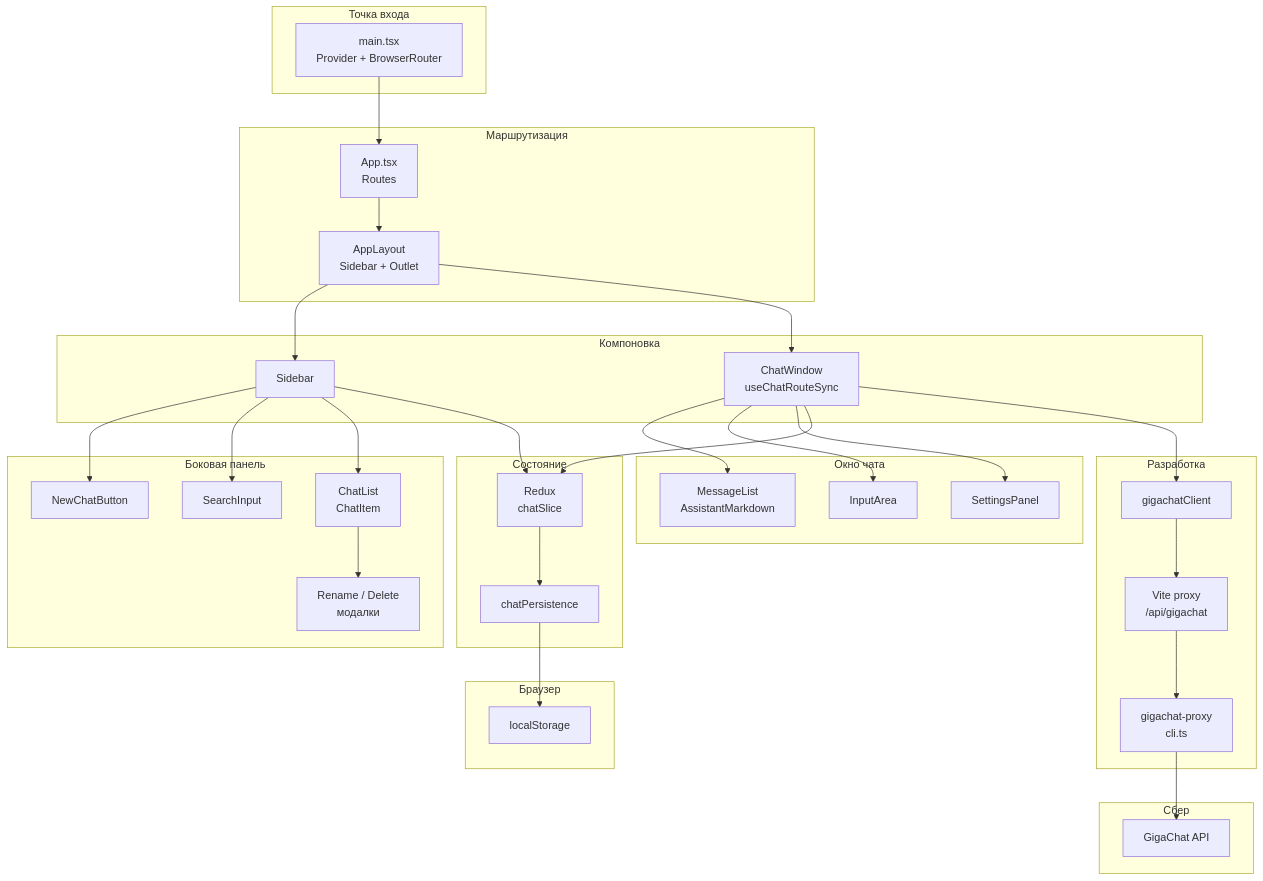
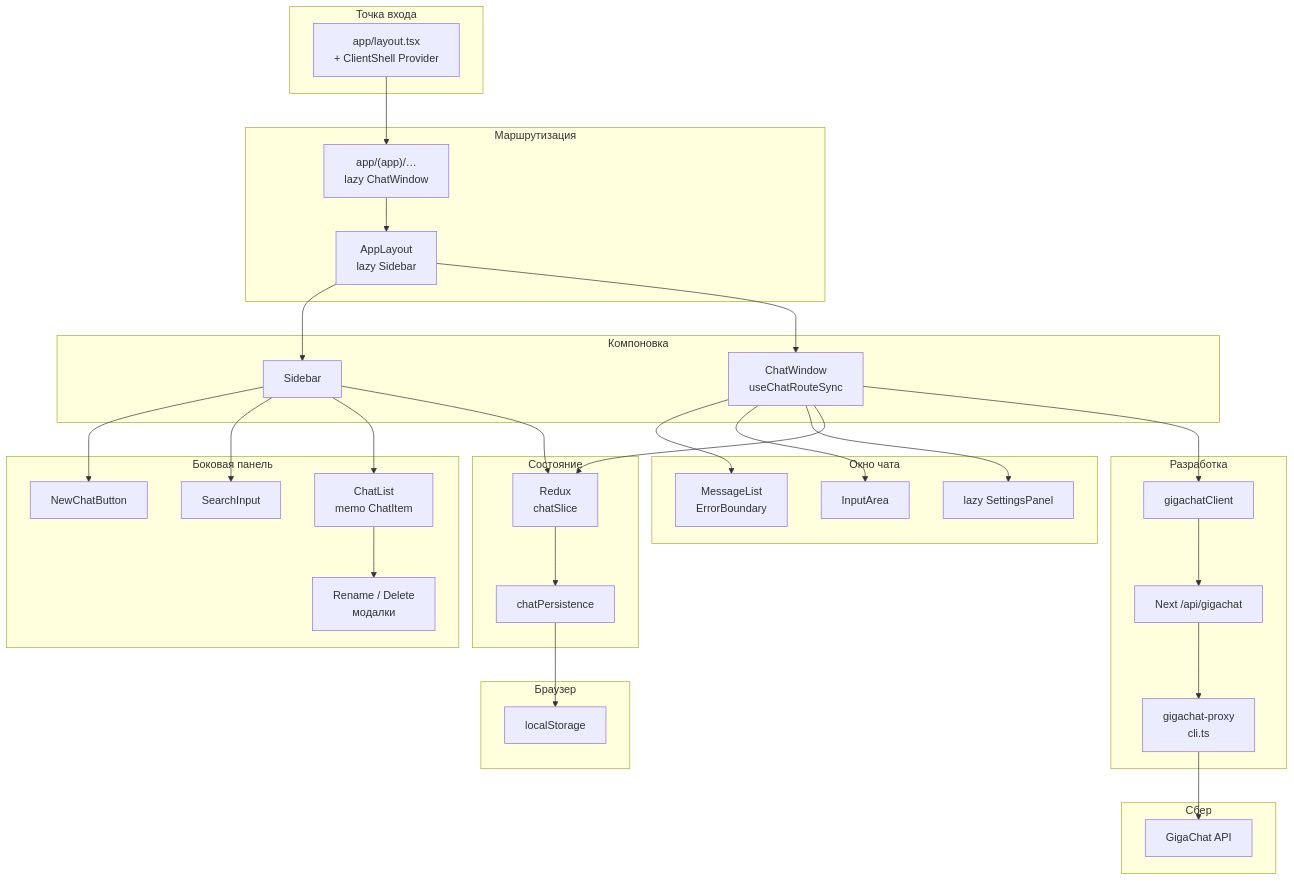
The diagram in README.md (m0ssador/sample-chat), drawn with Mermaid before and after one commit. The commit also changed other lines of this file and 27 other files, not shown here.

````diff
--- a/README.md
+++ b/README.md
@@ -30,67 +41,67 @@
 ```mermaid
 flowchart TB
   subgraph Entry["Точка входа"]
-    main["main.tsx\n Provider + BrowserRouter"]
+    Root["app/layout.tsx\n + ClientShell Provider"]
   end
 
   subgraph Routing["Маршрутизация"]
-    App["App.tsx\n Routes"]
-    main --> App
+    App["app/(app)/…\n lazy ChatWindow"]
+    Root --> App
     App --> AppLayout
   end
 
   subgraph Layout["Компоновка"]
-    AppLayout["AppLayout\nSidebar + Outlet"]
+    AppLayout["AppLayout\n lazy Sidebar"]
     AppLayout --> Sidebar
     AppLayout --> ChatWindow
   end
 
   subgraph SidebarUI["Боковая панель"]
     Sidebar["Sidebar"]
     NewChat["NewChatButton"]
     Search["SearchInput"]
-    ChatList["ChatList\n ChatItem"]
+    ChatList["ChatList\n memo ChatItem"]
     Modals["Rename / Delete\n модалки"]
     Sidebar --> NewChat
     Sidebar --> Search
     Sidebar --> ChatList
     ChatList --> Modals
   end
 
   subgraph ChatUI["Окно чата"]
     ChatWindow["ChatWindow\n useChatRouteSync"]
-    MsgList["MessageList\n AssistantMarkdown"]
+    MsgList["MessageList\n ErrorBoundary"]
     Input["InputArea"]
-    Settings["SettingsPanel"]
+    Settings["lazy SettingsPanel"]
     ChatWindow --> MsgList
     ChatWindow --> Input
     ChatWindow --> Settings
   end
 
   subgraph State["Состояние"]
     Store["Redux\n chatSlice"]
     Persist["chatPersistence"]
     Store --> Persist
   end
 
   Sidebar --> Store
   ChatWindow --> Store
   ChatWindow --> GigaClient["gigachatClient"]
 
   subgraph DevInfra["Разработка"]
-    Vite["Vite proxy\n /api/gigachat"]
+    Next["Next /api/gigachat"]
     Proxy["gigachat-proxy\n cli.ts"]
-    GigaClient --> Vite
-    Vite --> Proxy
+    GigaClient --> Next
+    Next --> Proxy
   end
 
   subgraph External["Сбер"]
     Sber["GigaChat API"]
     Proxy --> Sber
   end
 
   subgraph Storage["Браузер"]
     LS["localStorage"]
     Persist --> LS
   end
 ```
````
